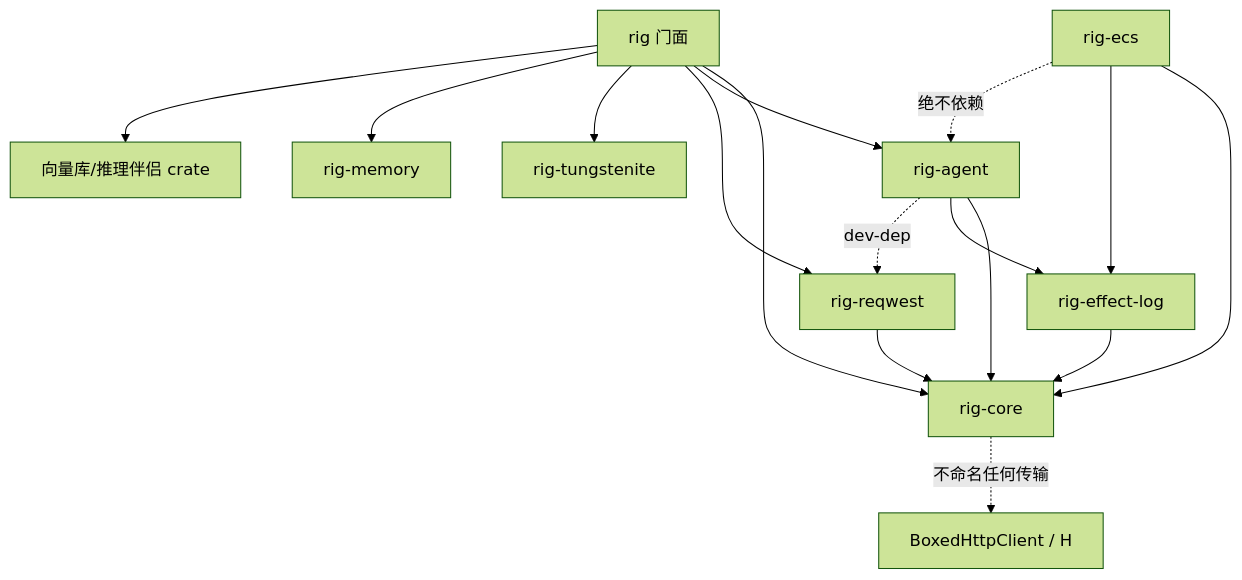
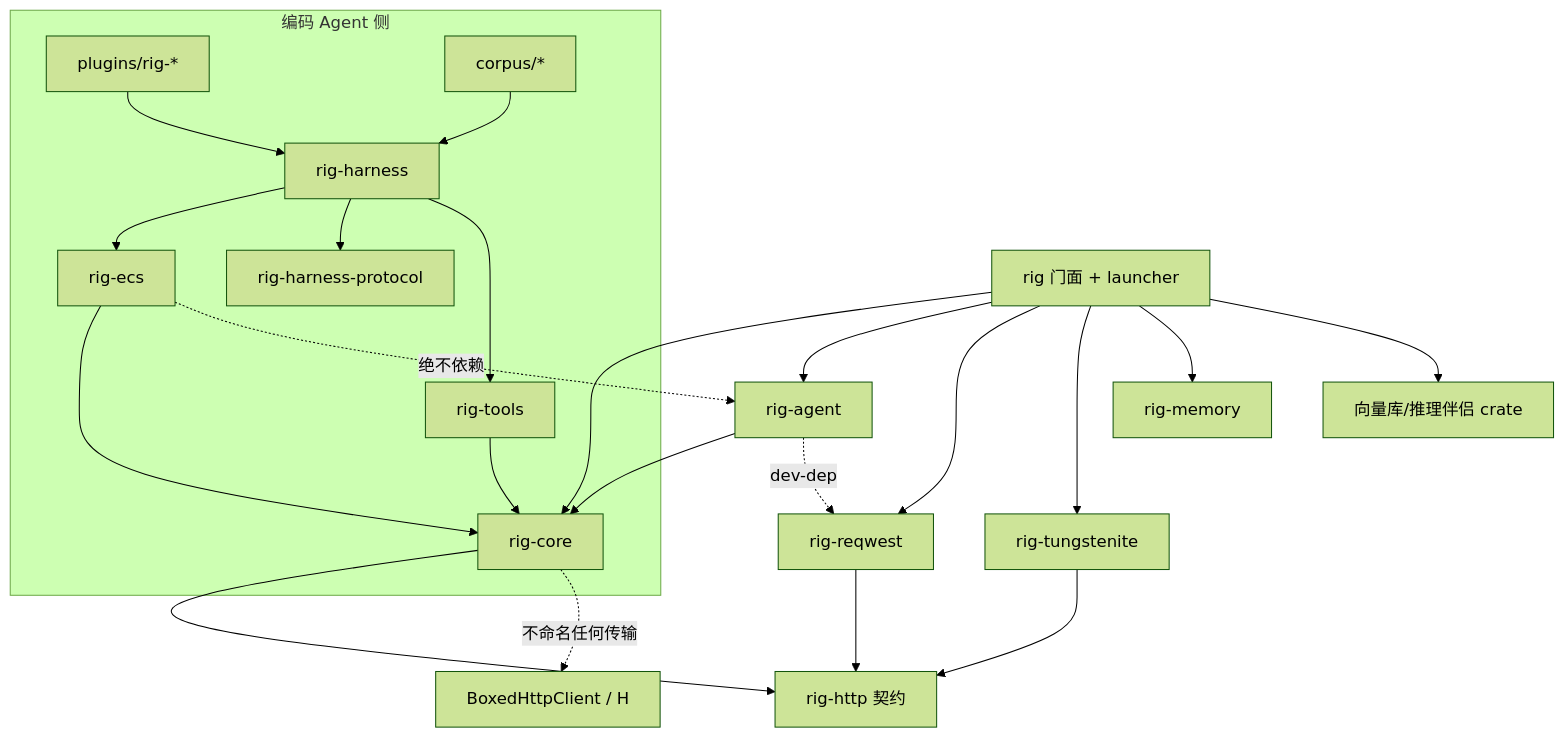
Before and after one commit to adrian9778/rig: the first of 2 diagrams in docs/sourceReader/01-架构总览.md, drawn with Mermaid (forest theme). The commit also changed other lines of this file and 7 other files, not shown here.

````diff
--- a/docs/sourceReader/01-架构总览.md
+++ b/docs/sourceReader/01-架构总览.md
@@ -35,21 +45,29 @@
 ```mermaid
 graph TD
-    RIG[rig 门面] --> CORE[rig-core]
+    RIG[rig 门面 + launcher] --> CORE[rig-core]
     RIG --> AGENT[rig-agent]
     RIG --> REQ[rig-reqwest]
     RIG --> TUNG[rig-tungstenite]
     RIG --> MEM[rig-memory]
     RIG --> VS[向量库/推理伴侣 crate]
 
     AGENT --> CORE
-    AGENT --> ELOG[rig-effect-log]
     AGENT -. dev-dep .-> REQ
 
-    ECS[rig-ecs] --> CORE
-    ECS --> ELOG
+    subgraph 编码 Agent 侧
+        HARNESS[rig-harness] --> ECS[rig-ecs]
+        HARNESS --> PROTO[rig-harness-protocol]
+        HARNESS --> TOOLS[rig-tools]
+        PLUGINS[plugins/rig-*] --> HARNESS
+        CORPUS[corpus/*] --> HARNESS
+        TOOLS --> CORE
+    end
+
+    ECS --> CORE
     ECS -.->|绝不依赖| AGENT
 
-    ELOG --> CORE
-    REQ --> CORE
+    CORE --> HTTP[rig-http 契约]
+    REQ --> HTTP
+    TUNG --> HTTP
     CORE -.->|不命名任何传输| TRANSP[BoxedHttpClient / H]
 ```
````
